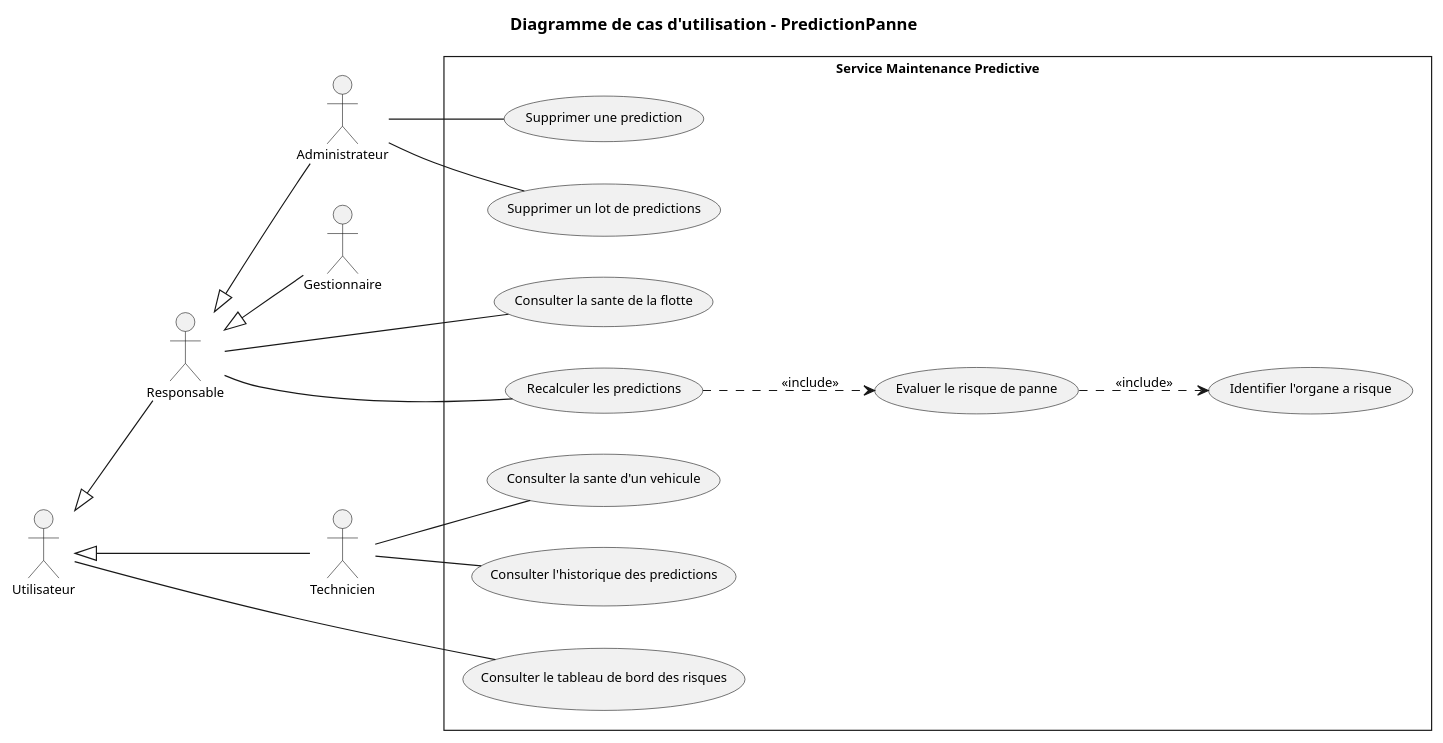
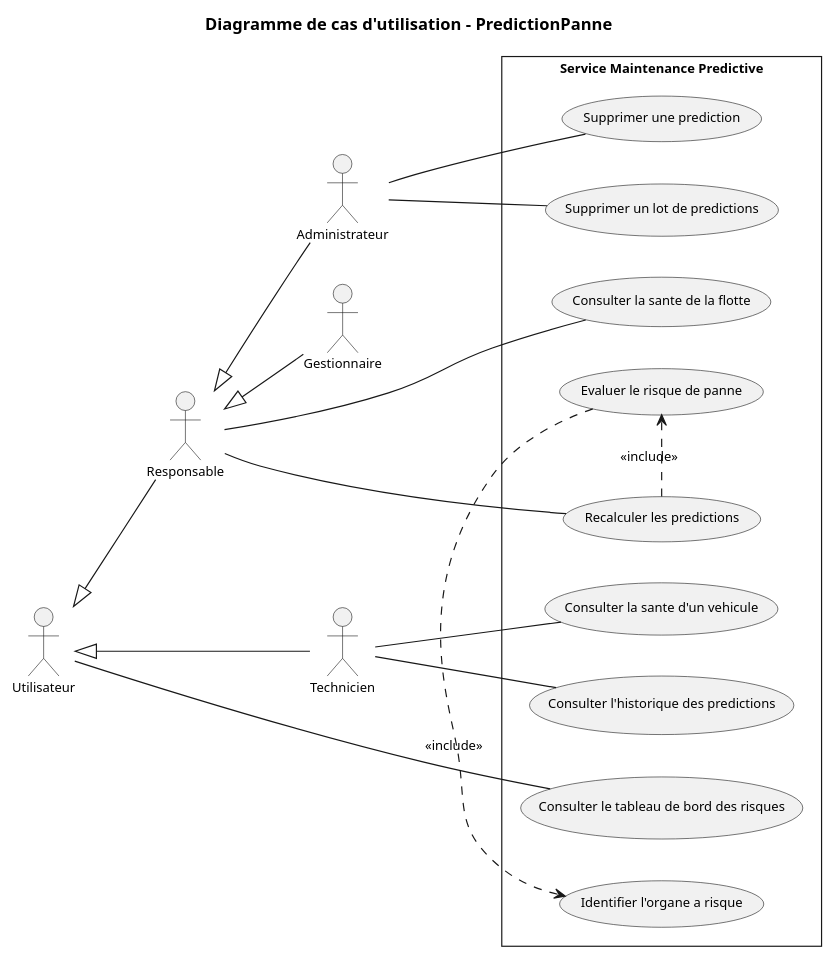
The diagram in docs/diagrams/microservices/PredictionPanne/PredictionPanne-usecase.puml (saber-barhoumi/Xpark-gmao), drawn with PlantUML before and after one commit. The commit also changed 23 other files, not shown here.

First line of the commit message:
docs(uml): mise en page des cas d'utilisation et des communications

```diff
--- a/docs/diagrams/microservices/PredictionPanne/PredictionPanne-usecase.puml
+++ b/docs/diagrams/microservices/PredictionPanne/PredictionPanne-usecase.puml
@@ -1,48 +1,50 @@
 @startuml
 skinparam style strictuml
 skinparam packageStyle rectangle
 skinparam shadowing false
 skinparam defaultFontName Verdana
 skinparam defaultFontSize 11
 skinparam backgroundColor #FFFFFF
 left to right direction
 
 title Diagramme de cas d'utilisation - PredictionPanne
 
-' Acteurs principaux (a gauche)
+' Acteurs principaux, empiles verticalement a gauche
 actor "Utilisateur" as Utilisateur
 actor "Responsable" as Responsable
 actor "Administrateur" as Administrateur
 actor "Gestionnaire" as Gestionnaire
 actor "Technicien" as Technicien
 
-Utilisateur <|-- Responsable
-Responsable <|-- Administrateur
-Responsable <|-- Gestionnaire
-Utilisateur <|-- Technicien
+' Generalisation : triangle creux, de l'enfant vers le parent
+Administrateur -up-|> Responsable
+Gestionnaire -up-|> Responsable
+Responsable -up-|> Utilisateur
+Technicien -up-|> Utilisateur
 
 rectangle "Service Maintenance Predictive" {
   usecase "Consulter le tableau de bord des risques" as UC_Consulter_le_tableau_de_bord_des_r
   usecase "Consulter la sante de la flotte" as UC_Consulter_la_sante_de_la_flotte
+  usecase "Recalculer les predictions" as UC_Recalculer_les_predictions
+  usecase "Evaluer le risque de panne" as UC_Evaluer_le_risque_de_panne
+  usecase "Supprimer une prediction" as UC_Supprimer_une_prediction
+  usecase "Supprimer un lot de predictions" as UC_Supprimer_un_lot_de_predictions
   usecase "Consulter la sante d'un vehicule" as UC_Consulter_la_sante_d_un_vehicule
   usecase "Consulter l'historique des predictions" as UC_Consulter_l_historique_des_predict
-  usecase "Recalculer les predictions" as UC_Recalculer_les_predictions
-  usecase "Evaluer le risque de panne" as UC_Evaluer_le_risque_de_panne
   usecase "Identifier l'organe a risque" as UC_Identifier_l_organe_a_risque
-  usecase "Supprimer une prediction" as UC_Supprimer_une_prediction
-  usecase "Supprimer un lot de predictions" as UC_Supprimer_un_lot_de_predictions
 }
 
-' Associations : trait continu sans fleche (UML : relation d'association)
+' Associations : trait continu sans fleche (relation d'association)
 Utilisateur -- UC_Consulter_le_tableau_de_bord_des_r
 Responsable -- UC_Consulter_la_sante_de_la_flotte
 Responsable -- UC_Recalculer_les_predictions
+Administrateur -- UC_Supprimer_une_prediction
 Administrateur -- UC_Supprimer_un_lot_de_predictions
-Administrateur -- UC_Supprimer_une_prediction
+Technicien -- UC_Consulter_la_sante_d_un_vehicule
 Technicien -- UC_Consulter_l_historique_des_predict
-Technicien -- UC_Consulter_la_sante_d_un_vehicule
 
-UC_Recalculer_les_predictions ..> UC_Evaluer_le_risque_de_panne : << include >>
-UC_Evaluer_le_risque_de_panne ..> UC_Identifier_l_organe_a_risque : << include >>
+' << include >> : du cas de base vers le cas obligatoire
+UC_Recalculer_les_predictions .[norank].> UC_Evaluer_le_risque_de_panne : << include >>
+UC_Evaluer_le_risque_de_panne .[norank].> UC_Identifier_l_organe_a_risque : << include >>
 
 @enduml
```
